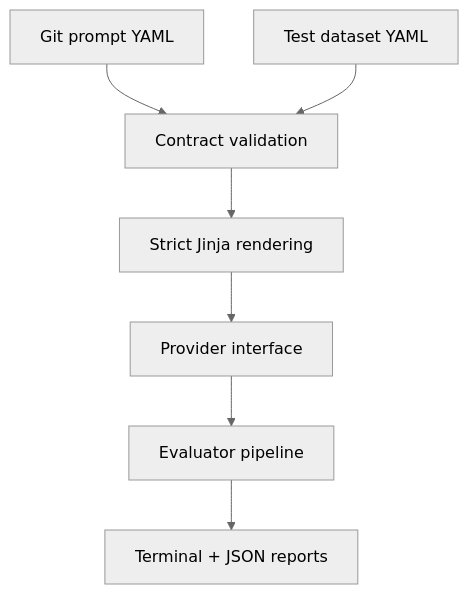
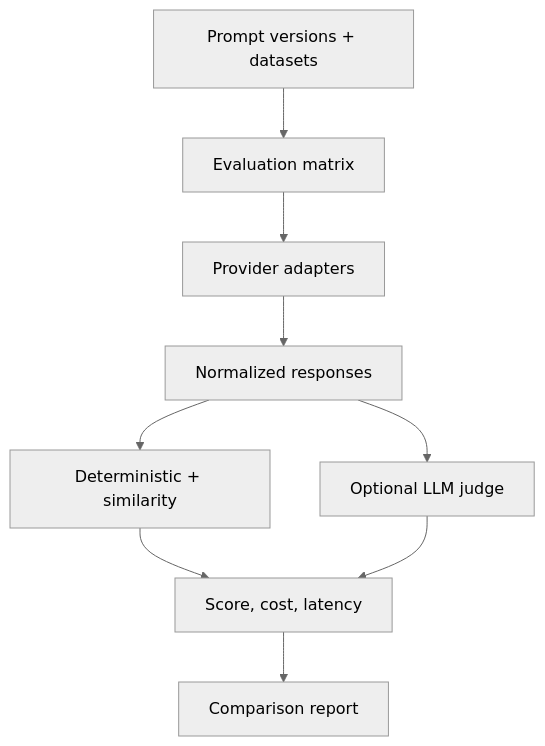
Before and after one commit to Anne07-Ai/prompt-laboratory: the diagram in README.md, drawn with Mermaid (neutral theme). The commit also changed other lines of this file and 17 other files, not shown here.

````diff
--- a/README.md
+++ b/README.md
@@ -30,9 +23,11 @@
 ```mermaid
 flowchart TD
-    G["Git prompt YAML"] --> V["Contract validation"]
-    D["Test dataset YAML"] --> V
-    V --> J["Strict Jinja rendering"]
-    J --> P["Provider interface"]
-    P --> E["Evaluator pipeline"]
-    E --> R["Terminal + JSON reports"]
+    G["Prompt versions + datasets"] --> X["Evaluation matrix"]
+    X --> P["Provider adapters"]
+    P --> V["Normalized responses"]
+    V --> E["Deterministic + similarity"]
+    V --> J["Optional LLM judge"]
+    E --> C["Score, cost, latency"]
+    J --> C
+    C --> R["Comparison report"]
 ```
````
